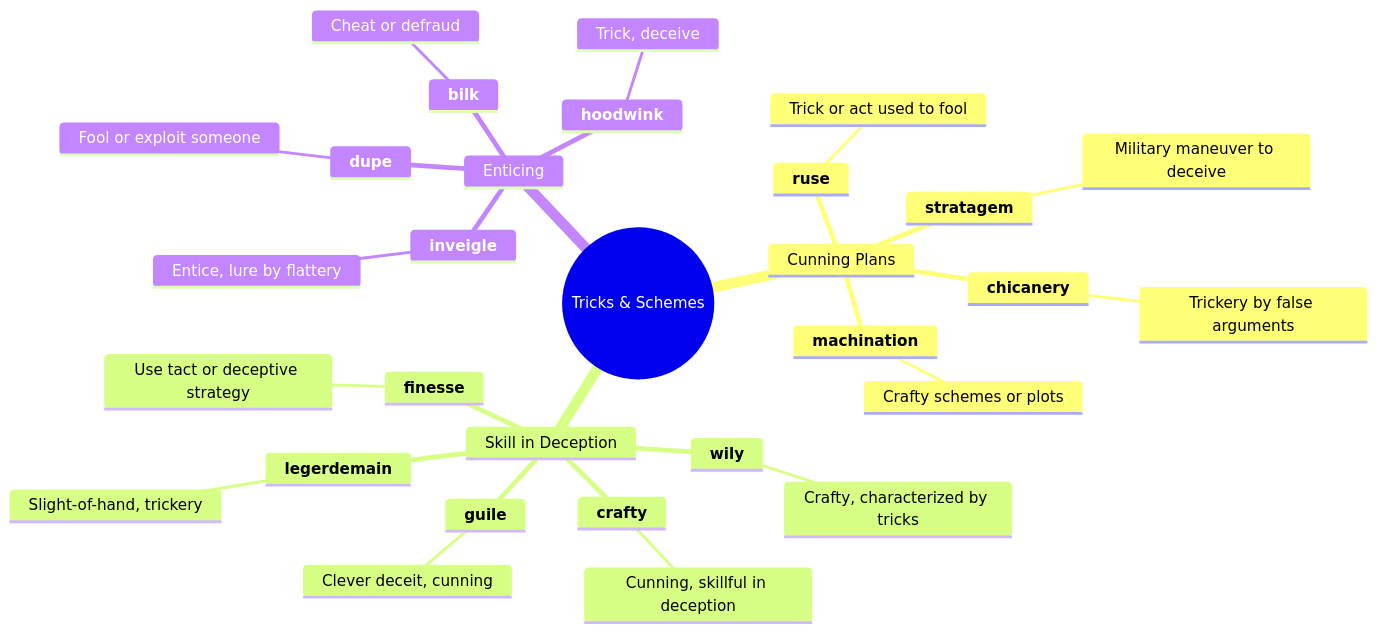
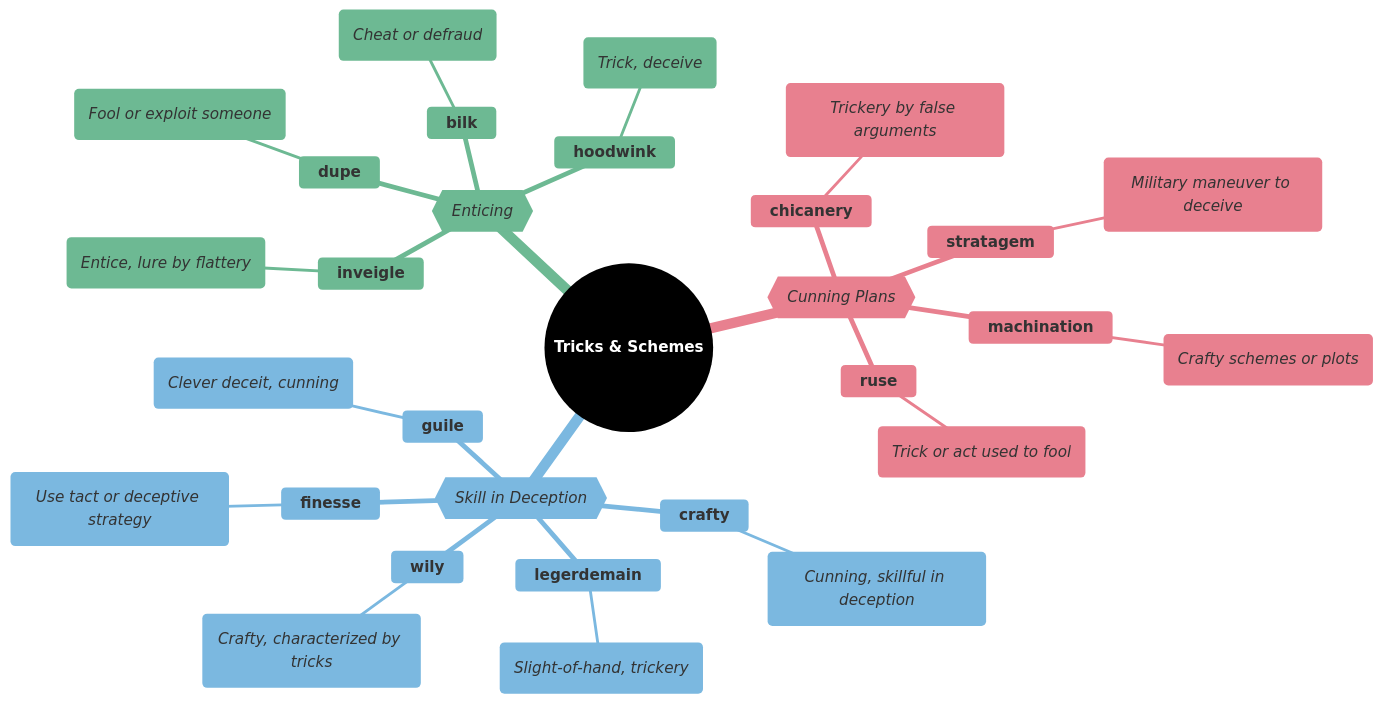
Before and after one commit to 95anantsingh/gre-preparation: the third of 7 diagrams in mindmaps/08-deception-and-trickery.md, drawn with Mermaid. The commit also changed other lines of this file and 14 other files, not shown here.

````diff
--- a/mindmaps/08-deception-and-trickery.md
+++ b/mindmaps/08-deception-and-trickery.md
@@ -108,33 +158,52 @@
 ```mermaid
+%%{
+  init: {
+    "theme": "base",
+    "themeVariables": {
+      "primaryColor": "#000000",
+      "cScale1": "#e8808f",  "cScaleInv1": "#a33445",
+      "cScale2": "#7bb8e0",  "cScaleInv2": "#266a93",
+      "cScale3": "#6db993",  "cScaleInv3": "#23543f",
+      "cScale4": "#f5d07a",  "cScaleInv4": "#c4903b",
+      "cScale5": "#b08fcc",  "cScaleInv5": "#5d3b75",
+      "cScale6": "#74dace",  "cScaleInv6": "#217d72",
+      "cScale7": "#f09570",  "cScaleInv7": "#b84112",
+      "cScale8": "#8ea8c2",  "cScaleInv8": "#32465e",
+      "cScale9": "#cc7fba",  "cScaleInv9": "#7d2868",
+      "cScale10": "#c99a78", "cScaleInv10": "#7c4e32",
+      "cScale11": "#a3a3a3", "cScaleInv11": "#3d3d3d"
+    }
+  }
+}%%
 mindmap
-  root((Tricks & Schemes))
-    Cunning Plans
+  root((<font color=white>**Tricks & Schemes**</font>))
+    {{_Cunning Plans_}}
       **chicanery**
-        Trickery by false arguments
+        (_Trickery by false arguments_)
       **machination**
-        Crafty schemes or plots
+        (_Crafty schemes or plots_)
       **stratagem**
-        Military maneuver to deceive
+        (_Military maneuver to deceive_)
       **ruse**
-        Trick or act used to fool
-    Skill in Deception
+        (_Trick or act used to fool_)
+    {{_Skill in Deception_}}
       **crafty**
-        Cunning, skillful in deception
+        (_Cunning, skillful in deception_)
       **wily**
-        Crafty, characterized by tricks
+        (_Crafty, characterized by tricks_)
       **guile**
-        Clever deceit, cunning
+        (_Clever deceit, cunning_)
       **legerdemain**
-        Slight-of-hand, trickery
+        (_Slight-of-hand, trickery_)
       **finesse**
-        Use tact or deceptive strategy
-    Enticing
+        (_Use tact or deceptive strategy_)
+    {{_Enticing_}}
       **inveigle**
-        Entice, lure by flattery
+        (_Entice, lure by flattery_)
       **dupe**
-        Fool or exploit someone
+        (_Fool or exploit someone_)
       **bilk**
-        Cheat or defraud
+        (_Cheat or defraud_)
       **hoodwink**
-        Trick, deceive
+        (_Trick, deceive_)
 ```
````
